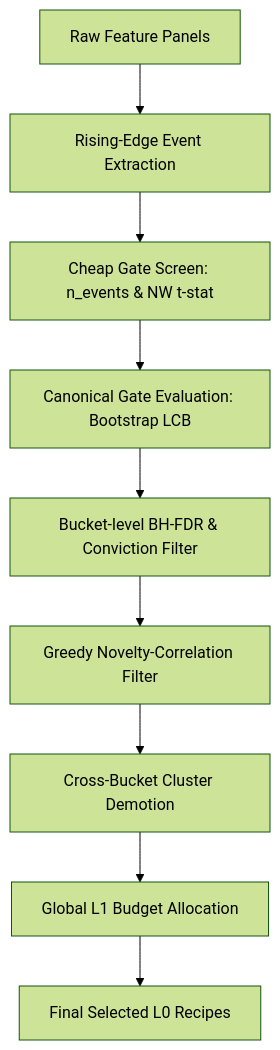
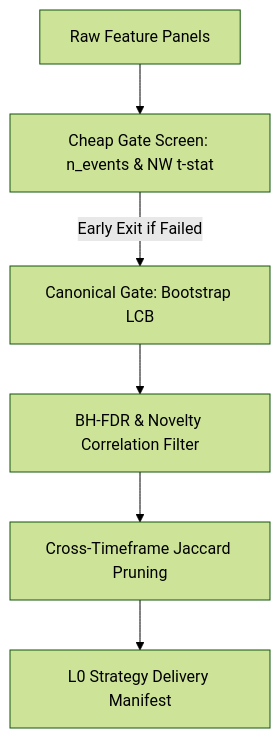
The diagram in docs/architecture/layer0.md (KTHYEONG/crypto-pilot), drawn with Mermaid (forest theme) before and after one commit. The commit also changed other lines of this file and 11 other files, not shown here.

````diff
--- a/docs/architecture/layer0.md
+++ b/docs/architecture/layer0.md
@@ -126,11 +82,8 @@
 ```mermaid
 graph TD
-    A[Raw Feature Panels] --> B[Rising-Edge Event Extraction]
-    B --> C[Cheap Gate Screen: n_events & NW t-stat]
-    C --> D[Canonical Gate Evaluation: Bootstrap LCB]
-    D --> E[Bucket-level BH-FDR & Conviction Filter]
-    E --> F[Greedy Novelty-Correlation Filter]
-    F --> G[Cross-Bucket Cluster Demotion]
-    G --> H[Global L1 Budget Allocation]
-    H --> I[Final Selected L0 Recipes]
+    A[Raw Feature Panels] --> B[Cheap Gate Screen: n_events & NW t-stat]
+    B -->|Early Exit if Failed| C[Canonical Gate: Bootstrap LCB]
+    C --> D[BH-FDR & Novelty Correlation Filter]
+    D --> E[Cross-Timeframe Jaccard Pruning]
+    E --> F[L0 Strategy Delivery Manifest]
 ```
````
